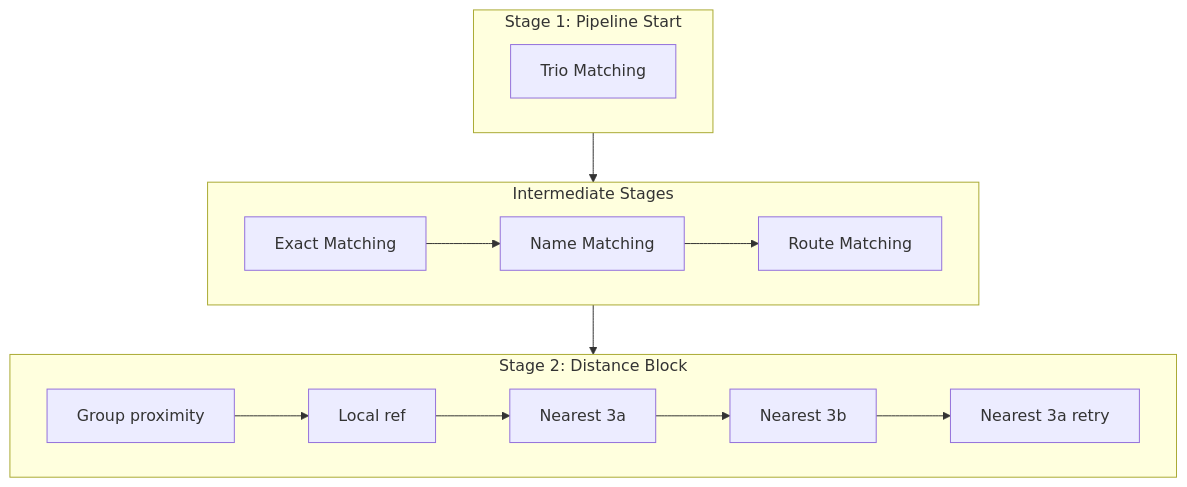
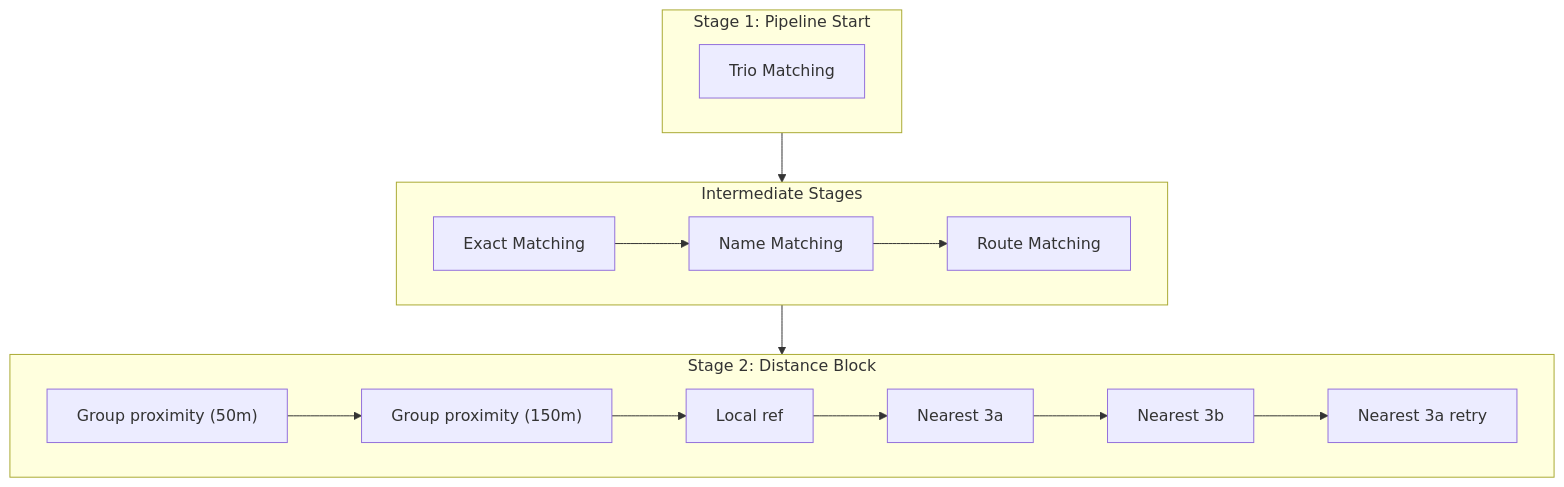
One commit to openTdataCH/stop_sync_osm_atlas changed the first of 5 diagrams in documentation/2.4 Distance matching.md. Above: the diagram before and after it, drawn with Mermaid. The commit also changed other lines of this file and 11 other files, not shown here.

````diff
--- a/documentation/2.4 Distance matching.md
+++ b/documentation/2.4 Distance matching.md
@@ -8,16 +8,16 @@
 ```mermaid
 flowchart TD
     subgraph S1["Stage 1: Pipeline Start"]
         T["Trio Matching"]
     end
     
     subgraph S2["Intermediate Stages"]
         E["Exact Matching"] --> N["Name Matching"] --> R["Route Matching"]
     end
 
     subgraph S3["Stage 2: Distance Block"]
-        G["Group proximity"] --> L["Local ref"] --> N1["Nearest 3a"] --> N2["Nearest 3b"] --> N3["Nearest 3a retry"]
+        G["Group proximity (50m)"] --> G2["Group proximity (150m)"] --> L["Local ref"] --> N1["Nearest 3a"] --> N2["Nearest 3b"] --> N3["Nearest 3a retry"]
     end
 
     S1 --> S2 --> S3
 ```
````
